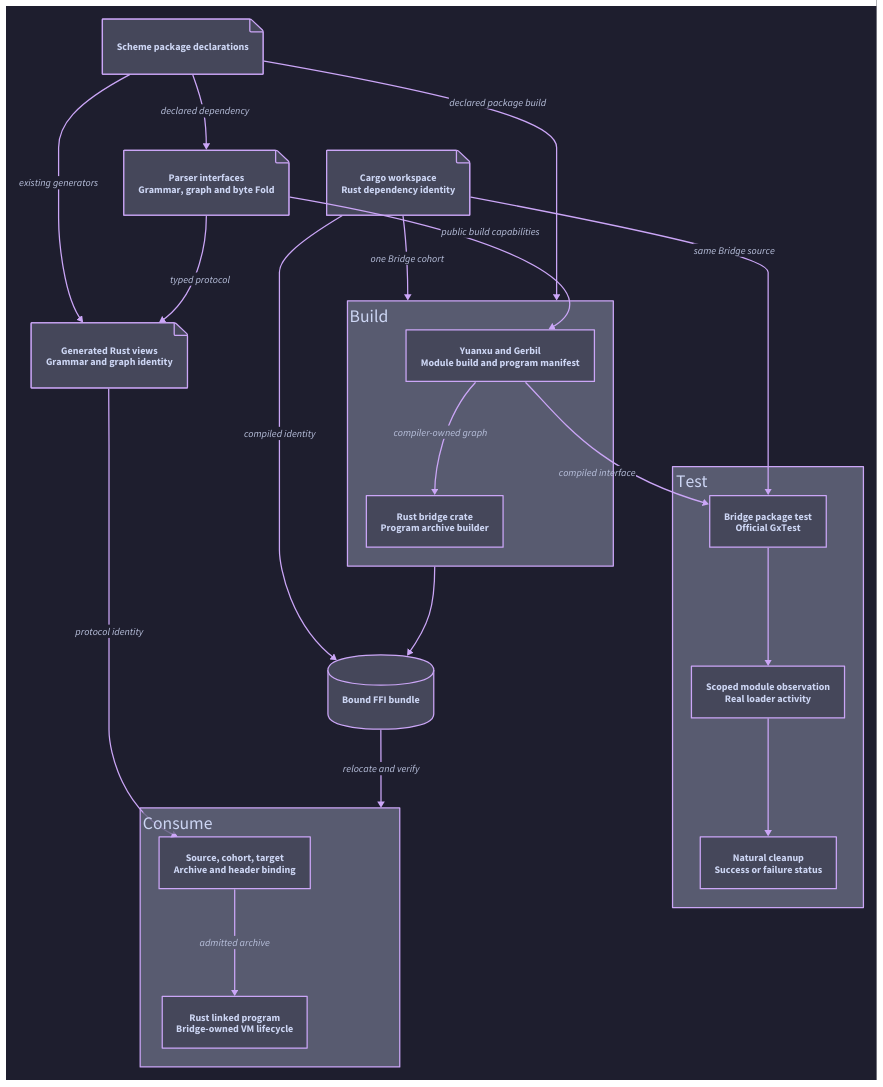
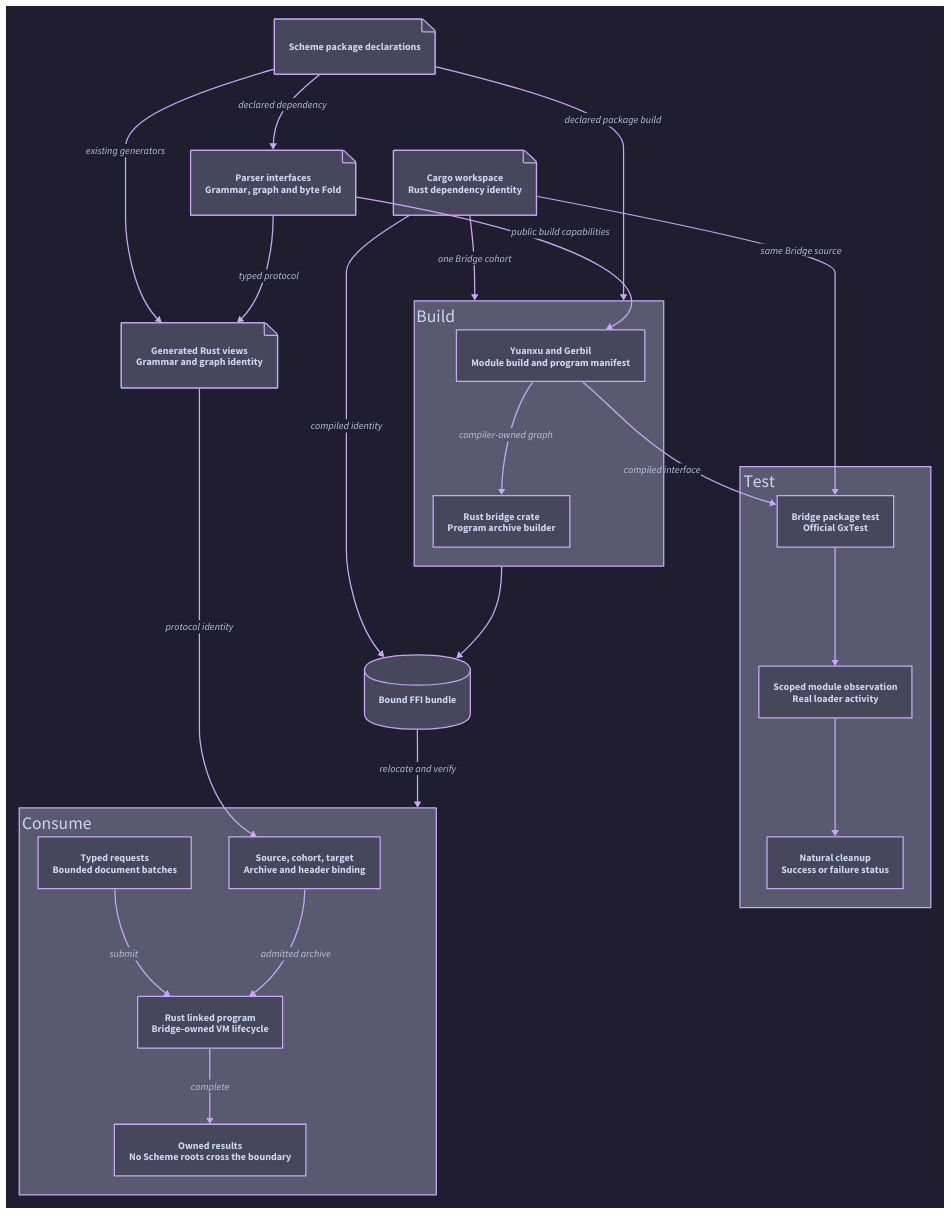
One commit to tao3k/orgize changed the diagram in docs/20_parser/20.09_cargo_bridge_ownership.d2. Above: the diagram before and after it, drawn with D2. The commit also changed 12 other files, not shown here.

```diff
--- a/docs/20_parser/20.09_cargo_bridge_ownership.d2
+++ b/docs/20_parser/20.09_cargo_bridge_ownership.d2
@@ -1,46 +1,50 @@
 direction: down
 vars: {d2-config: {theme-id: 200; pad: 32}}
 
 cargo: "Cargo workspace\nRust dependency identity" {shape: page}
 scheme: "Scheme package declarations" {shape: page}
 parser: "Parser interfaces\nGrammar, graph and byte Fold" {shape: page}
 producer: "Build" {
   label.near: top-left
   direction: right
   compiler: "Yuanxu and Gerbil\nModule build and program manifest"
   archive: "Rust bridge crate\nProgram archive builder"
   compiler -> archive: "compiler-owned graph"
 }
 products: "Generated Rust views\nGrammar and graph identity" {shape: page}
 bundle: "Bound FFI bundle" {shape: cylinder}
 consumer: "Consume" {
   label.near: top-left
   direction: right
   admission: "Source, cohort, target\nArchive and header binding"
   runtime: "Rust linked program\nBridge-owned VM lifecycle"
+  requests: "Typed requests\nBounded document batches"
+  replies: "Owned results\nNo Scheme roots cross the boundary"
   admission -> runtime: "admitted archive"
+  requests -> runtime: "submit"
+  runtime -> replies: "complete"
 }
 
 scheme -> parser: "declared dependency"
 parser -> producer.compiler: "public build capabilities"
 scheme -> producer: "declared package build"
 cargo -> producer: "one Bridge cohort"
 producer -> bundle
 cargo -> bundle: "compiled identity"
 bundle -> consumer: "relocate and verify"
 
 parser -> products: "typed protocol"
 scheme -> products: "existing generators"
 products -> consumer.admission: "protocol identity"
 
 cli: "Test" {
   label.near: top-left
   direction: down
   owner: "Bridge package test\nOfficial GxTest"
   work: "Scoped module observation\nReal loader activity"
   cleanup: "Natural cleanup\nSuccess or failure status"
   owner -> work
   work -> cleanup
 }
 producer.compiler -> cli.owner: "compiled interface"
 cargo -> cli.owner: "same Bridge source"
```
